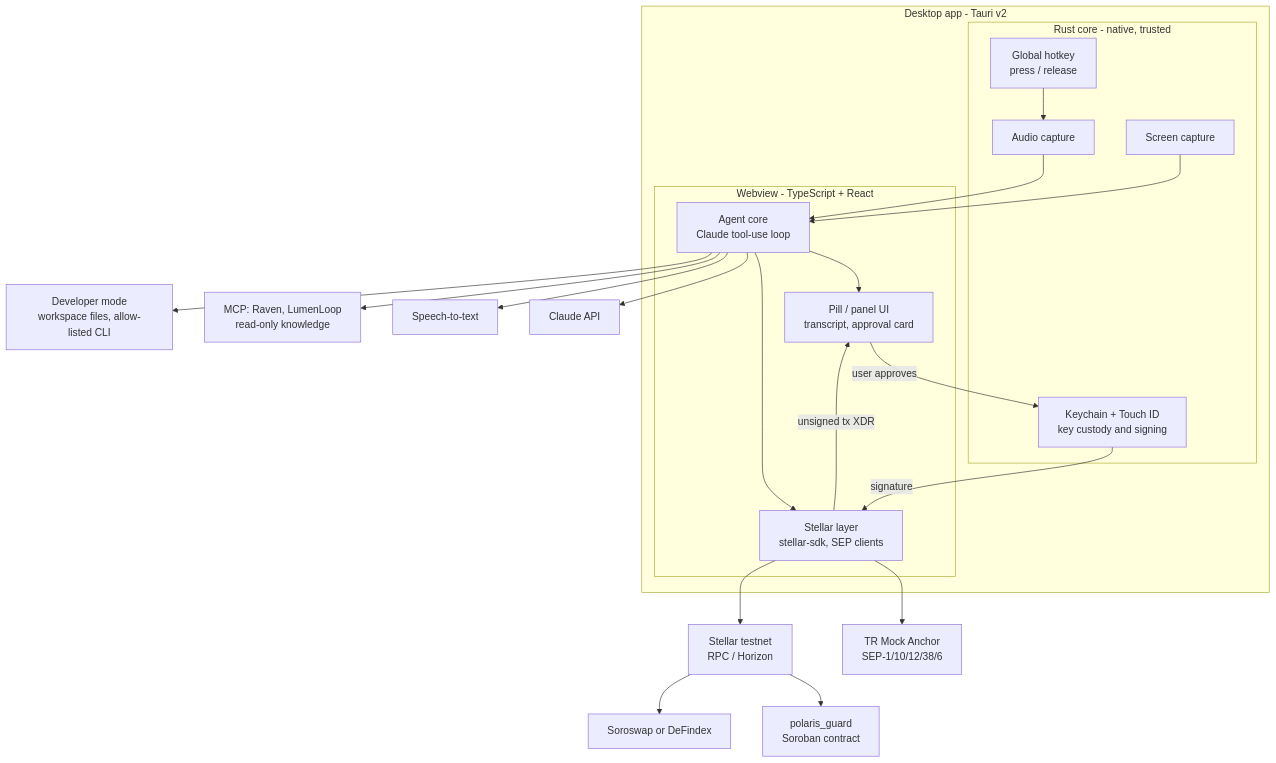
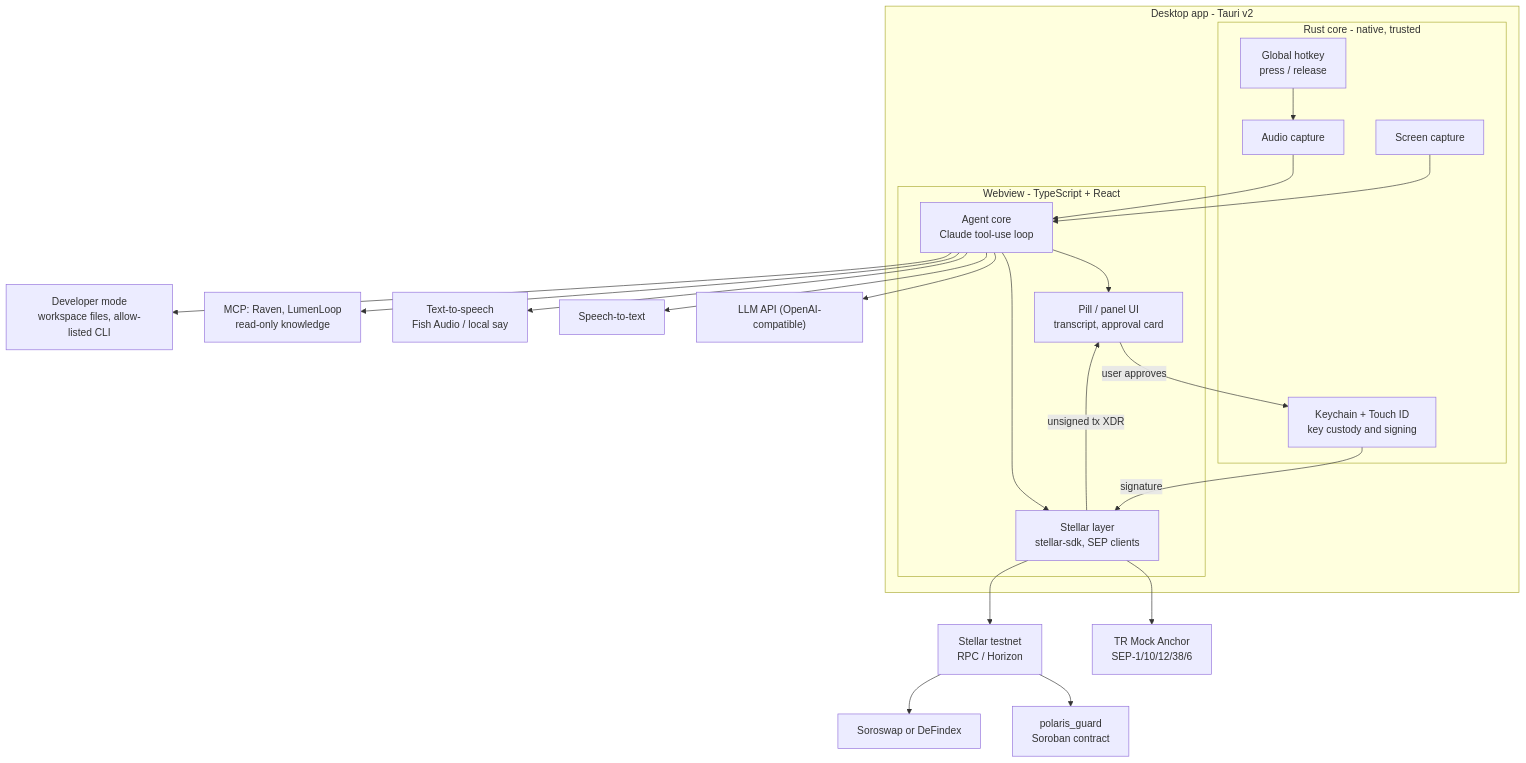
The first of 2 diagrams in docs/architecture.md (fthsrbst/StellarVoiceControlProject), drawn with Mermaid before and after one commit. The commit also changed other lines of this file and 101 other files, not shown here.

First line of the commit message:
feat: Owner A voice chain — hotkey, STT, LLM intent, TTS, notch session, execution seam (A0–A14) (#16)

````diff
--- a/docs/architecture.md
+++ b/docs/architecture.md
@@ -51,33 +51,34 @@
 ```mermaid
 flowchart TD
     subgraph Desktop["Desktop app - Tauri v2"]
         subgraph Rust["Rust core - native, trusted"]
             HK["Global hotkey<br/>press / release"]
             AUD["Audio capture"]
             SCR["Screen capture"]
             KEY["Keychain + Touch ID<br/>key custody and signing"]
         end
         subgraph Web["Webview - TypeScript + React"]
             UI["Pill / panel UI<br/>transcript, approval card"]
             AG["Agent core<br/>Claude tool-use loop"]
             ST["Stellar layer<br/>stellar-sdk, SEP clients"]
         end
         HK --> AUD
         AUD --> AG
         SCR --> AG
         AG --> UI
         AG --> ST
         ST -->|"unsigned tx XDR"| UI
         UI -->|"user approves"| KEY
         KEY -->|"signature"| ST
     end
 
-    AG --> LLM["Claude API"]
+    AG --> LLM["LLM API (OpenAI-compatible)"]
     AG --> STT["Speech-to-text"]
+    AG --> TTS["Text-to-speech<br/>Fish Audio / local say"]
     AG --> MCP["MCP: Raven, LumenLoop<br/>read-only knowledge"]
     AG --> DEV["Developer mode<br/>workspace files, allow-listed CLI"]
     ST --> ANC["TR Mock Anchor<br/>SEP-1/10/12/38/6"]
     ST --> RPC["Stellar testnet<br/>RPC / Horizon"]
     RPC --> GUARD["polaris_guard<br/>Soroban contract"]
     RPC --> PROTO["Soroswap or DeFindex"]
 ```
````
